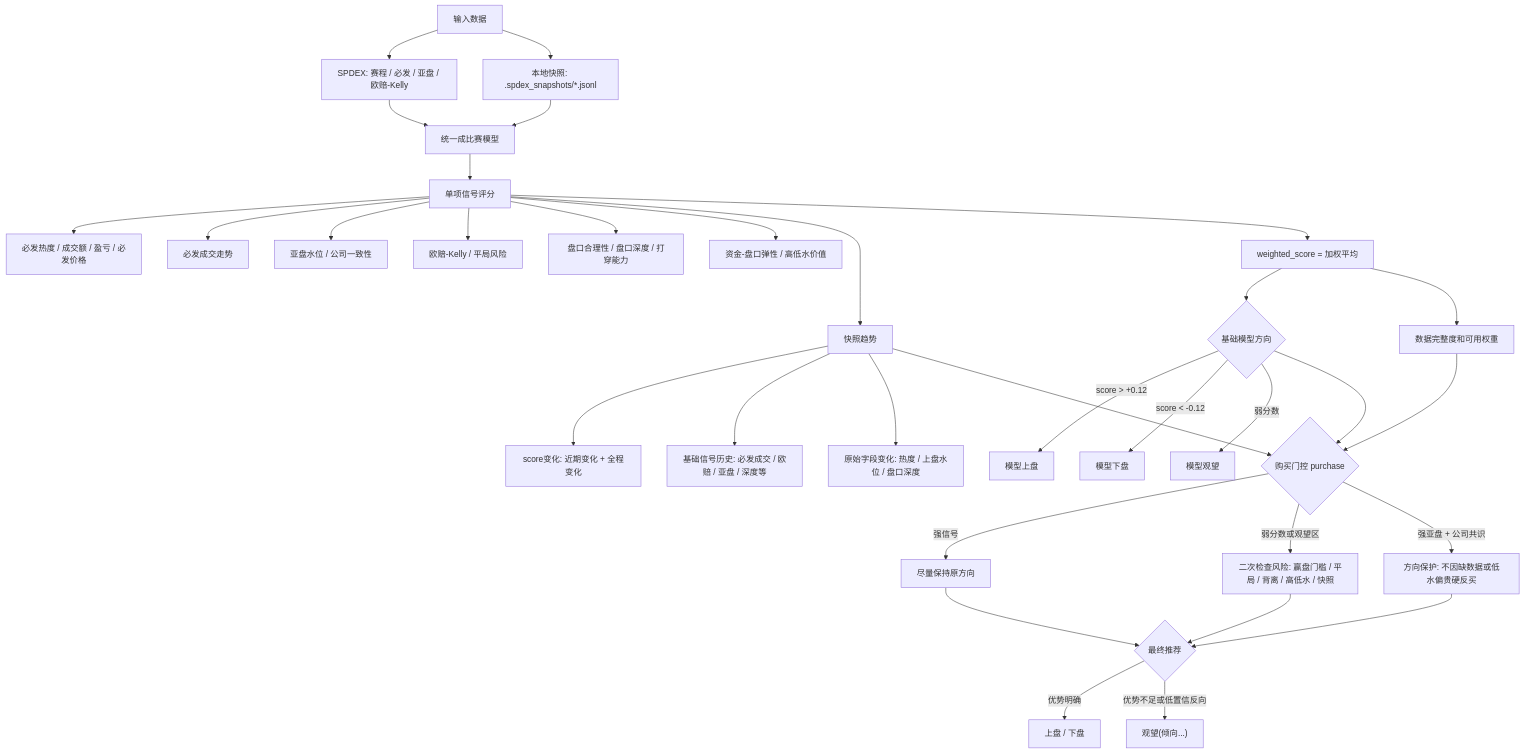
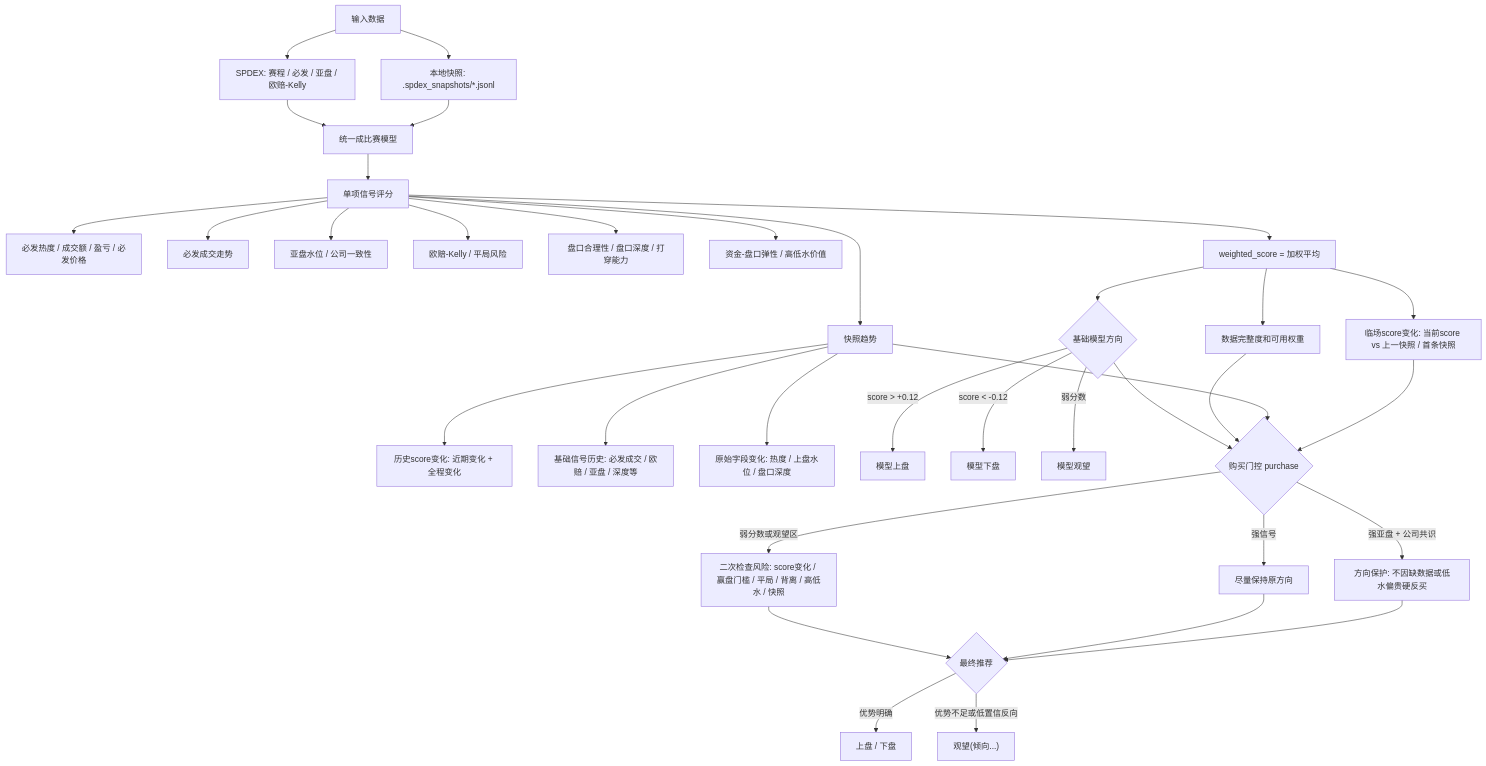
One commit to demongodYY/worldcup changed the diagram in README.md. Above: the diagram before and after it, drawn with Mermaid. The commit also changed other lines of this file and 2 other files, not shown here.

````diff
--- a/README.md
+++ b/README.md
@@ -25,40 +26,42 @@
 ```mermaid
 flowchart TD
     A["输入数据"] --> A1["SPDEX: 赛程 / 必发 / 亚盘 / 欧赔-Kelly"]
     A --> A2["本地快照: .spdex_snapshots/*.jsonl"]
     A1 --> B["统一成比赛模型"]
     A2 --> B
 
     B --> C["单项信号评分"]
     C --> C1["必发热度 / 成交额 / 盈亏 / 必发价格"]
     C --> C2["必发成交走势"]
     C --> C3["亚盘水位 / 公司一致性"]
     C --> C4["欧赔-Kelly / 平局风险"]
     C --> C5["盘口合理性 / 盘口深度 / 打穿能力"]
     C --> C6["资金-盘口弹性 / 高低水价值"]
     C --> C7["快照趋势"]
 
-    C7 --> S1["score变化: 近期变化 + 全程变化"]
+    C7 --> S1["历史score变化: 近期变化 + 全程变化"]
     C7 --> S2["基础信号历史: 必发成交 / 欧赔 / 亚盘 / 深度等"]
     C7 --> S3["原始字段变化: 热度 / 上盘水位 / 盘口深度"]
 
     C --> D["weighted_score = 加权平均"]
+    D --> D1["临场score变化: 当前score vs 上一快照 / 首条快照"]
     D --> E{"基础模型方向"}
     E -->|score > +0.12| E1["模型上盘"]
     E -->|score < -0.12| E2["模型下盘"]
     E -->|弱分数| E3["模型观望"]
 
     D --> F["数据完整度和可用权重"]
     E --> G{"购买门控 purchase"}
     F --> G
     C7 --> G
+    D1 --> G
 
     G -->|强信号| H["尽量保持原方向"]
-    G -->|弱分数或观望区| I["二次检查风险: 赢盘门槛 / 平局 / 背离 / 高低水 / 快照"]
+    G -->|弱分数或观望区| I["二次检查风险: score变化 / 赢盘门槛 / 平局 / 背离 / 高低水 / 快照"]
     G -->|强亚盘 + 公司共识| J["方向保护: 不因缺数据或低水偏贵硬反买"]
     I --> K{"最终推荐"}
     H --> K
     J --> K
     K -->|优势明确| K1["上盘 / 下盘"]
     K -->|优势不足或低置信反向| K2["观望(倾向...)"]
 ```
````
